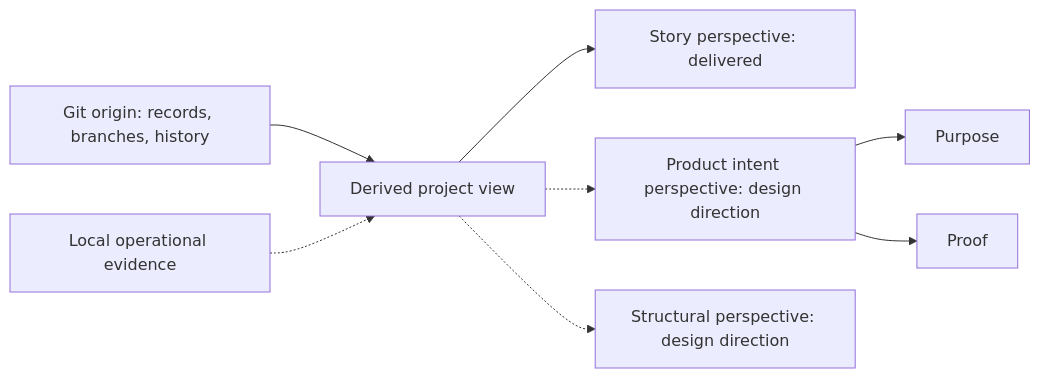
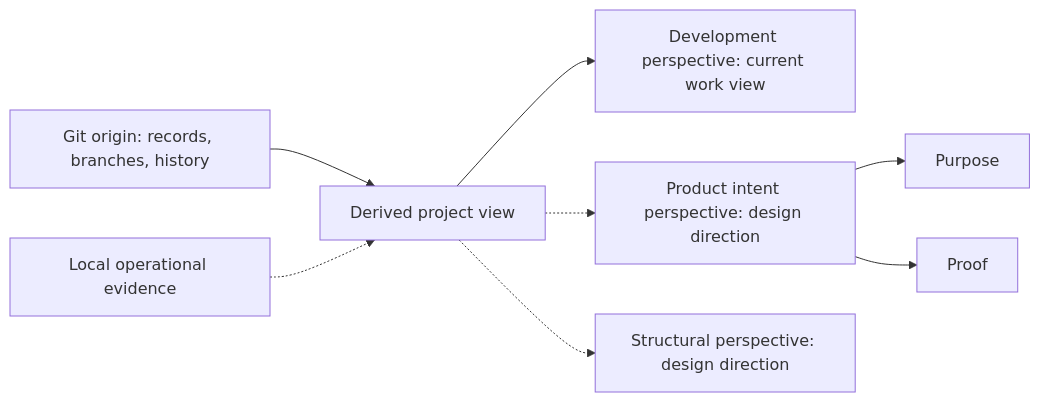
The diagram in docs/adrs/0008-project-dashboard-domain-and-architecture-accepted.md (terryyin/open-dough), drawn with Mermaid before and after one commit. The commit also changed other lines of this file and 3 other files, not shown here.

Commit message:
Name the dashboard perspective Development and retain Story as its planning unit

````diff
--- a/docs/adrs/0008-project-dashboard-domain-and-architecture-accepted.md
+++ b/docs/adrs/0008-project-dashboard-domain-and-architecture-accepted.md
@@ -136,10 +138,10 @@
 ```mermaid
 flowchart LR
     G["Git origin: records, branches, history"] --> V["Derived project view"]
     L["Local operational evidence"] -.-> V
-    V --> S["Story perspective: delivered"]
+    V --> D["Development perspective: current work view"]
     V -.-> I["Product intent perspective: design direction"]
     I --> P["Purpose"]
     I --> E["Proof"]
     V -.-> A["Structural perspective: design direction"]
 ```
````
